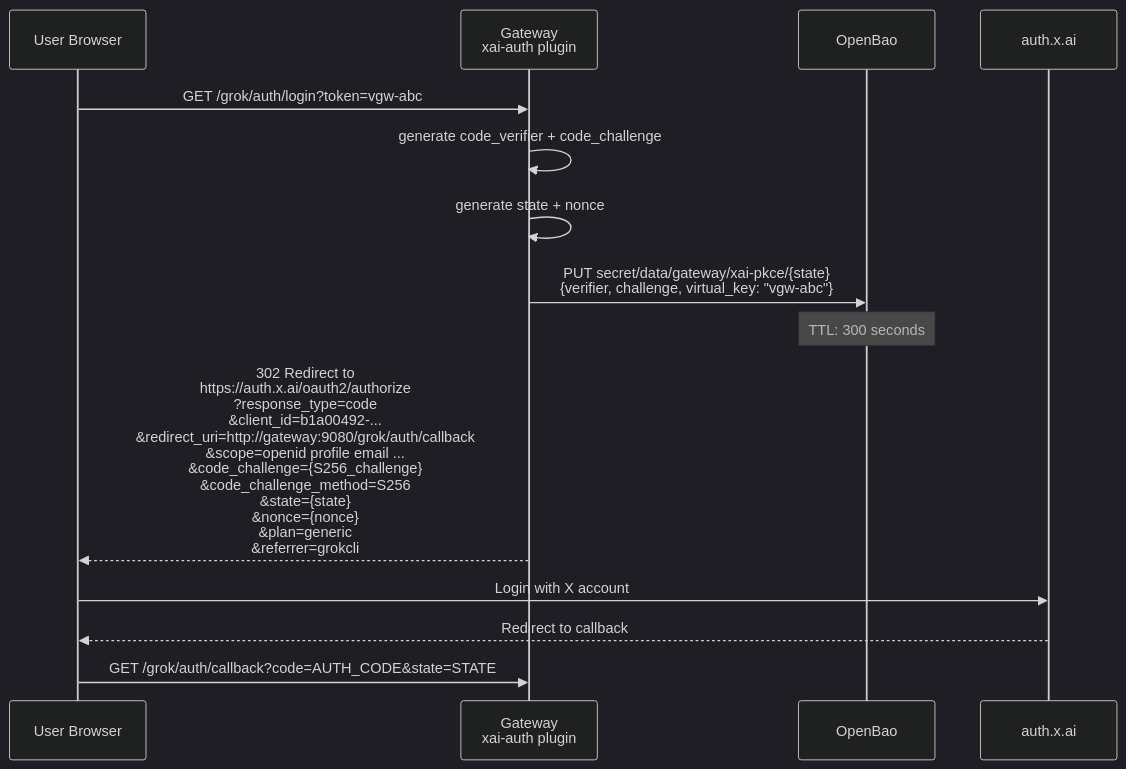
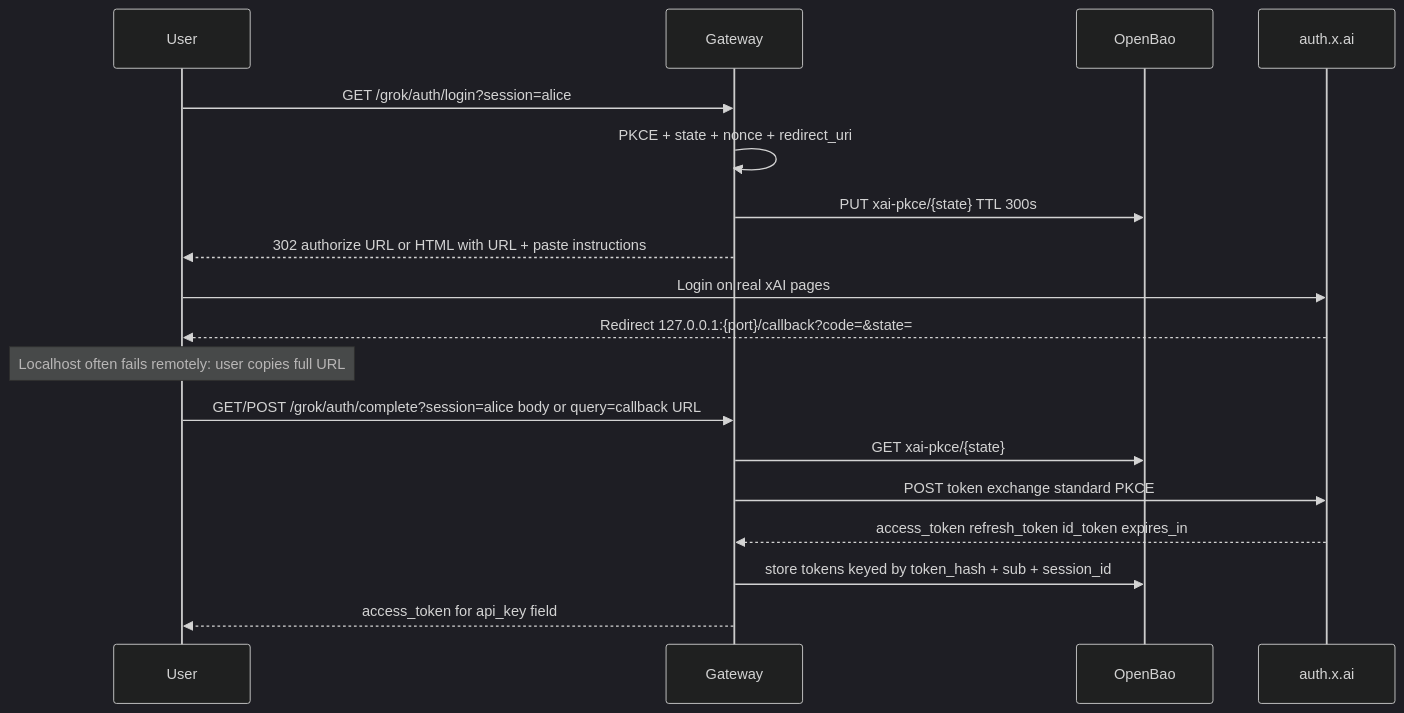
Before and after one commit to Independent-AI-Labs/WORKSPACE-GATEWAY: the second of 2 diagrams in docs/PROVIDER-XAI-GROK.md, drawn with Mermaid (dark theme). The commit also changed other lines of this file and 55 other files, not shown here.

First line of the commit message:
feat: add provider-sync gateway service and client config

````diff
--- a/docs/PROVIDER-XAI-GROK.md
+++ b/docs/PROVIDER-XAI-GROK.md
@@ -216,18 +275,23 @@
 ```mermaid
 sequenceDiagram
-    participant U as User Browser
-    participant G as Gateway<br/>xai-auth plugin
+    participant U as User
+    participant G as Gateway
     participant OB as OpenBao
     participant X as auth.x.ai
 
-    U->>G: GET /grok/auth/login?token=vgw-abc
-    G->>G: generate code_verifier + code_challenge
-    G->>G: generate state + nonce
-    G->>OB: PUT secret/data/gateway/xai-pkce/{state}<br/>{verifier, challenge, virtual_key: "vgw-abc"}
-    Note over OB: TTL: 300 seconds
-    G-->>U: 302 Redirect to<br/>https://auth.x.ai/oauth2/authorize<br/>?response_type=code<br/>&client_id=b1a00492-...<br/>&redirect_uri=http://gateway:9080/grok/auth/callback<br/>&scope=openid profile email ...<br/>&code_challenge={S256_challenge}<br/>&code_challenge_method=S256<br/>&state={state}<br/>&nonce={nonce}<br/>&plan=generic<br/>&referrer=grokcli
+    U->>G: GET /grok/auth/login?session=alice
+    G->>G: PKCE + state + nonce + redirect_uri
+    G->>OB: PUT xai-pkce/{state} TTL 300s
+    G-->>U: 302 authorize URL or HTML with URL + paste instructions
 
-    U->>X: Login with X account
-    X-->>U: Redirect to callback
-    U->>G: GET /grok/auth/callback?code=AUTH_CODE&state=STATE
+    U->>X: Login on real xAI pages
+    X-->>U: Redirect 127.0.0.1:{port}/callback?code=&state=
+    Note over U: Localhost often fails remotely: user copies full URL
+
+    U->>G: GET/POST /grok/auth/complete?session=alice body or query=callback URL
+    G->>OB: GET xai-pkce/{state}
+    G->>X: POST token exchange standard PKCE
+    X-->>G: access_token refresh_token id_token expires_in
+    G->>OB: store tokens keyed by token_hash + sub + session_id
+    G-->>U: access_token for api_key field
 ```
````
